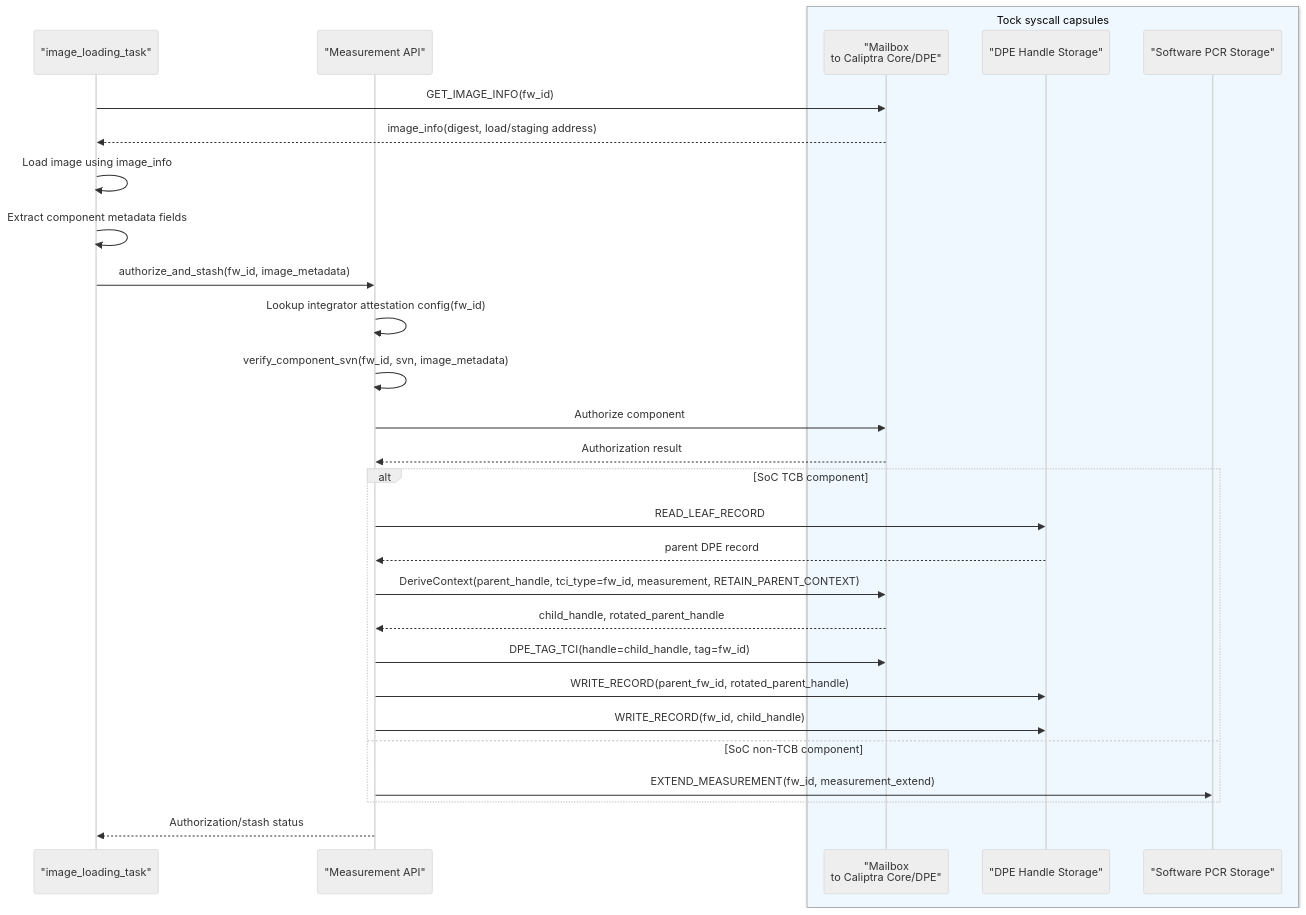
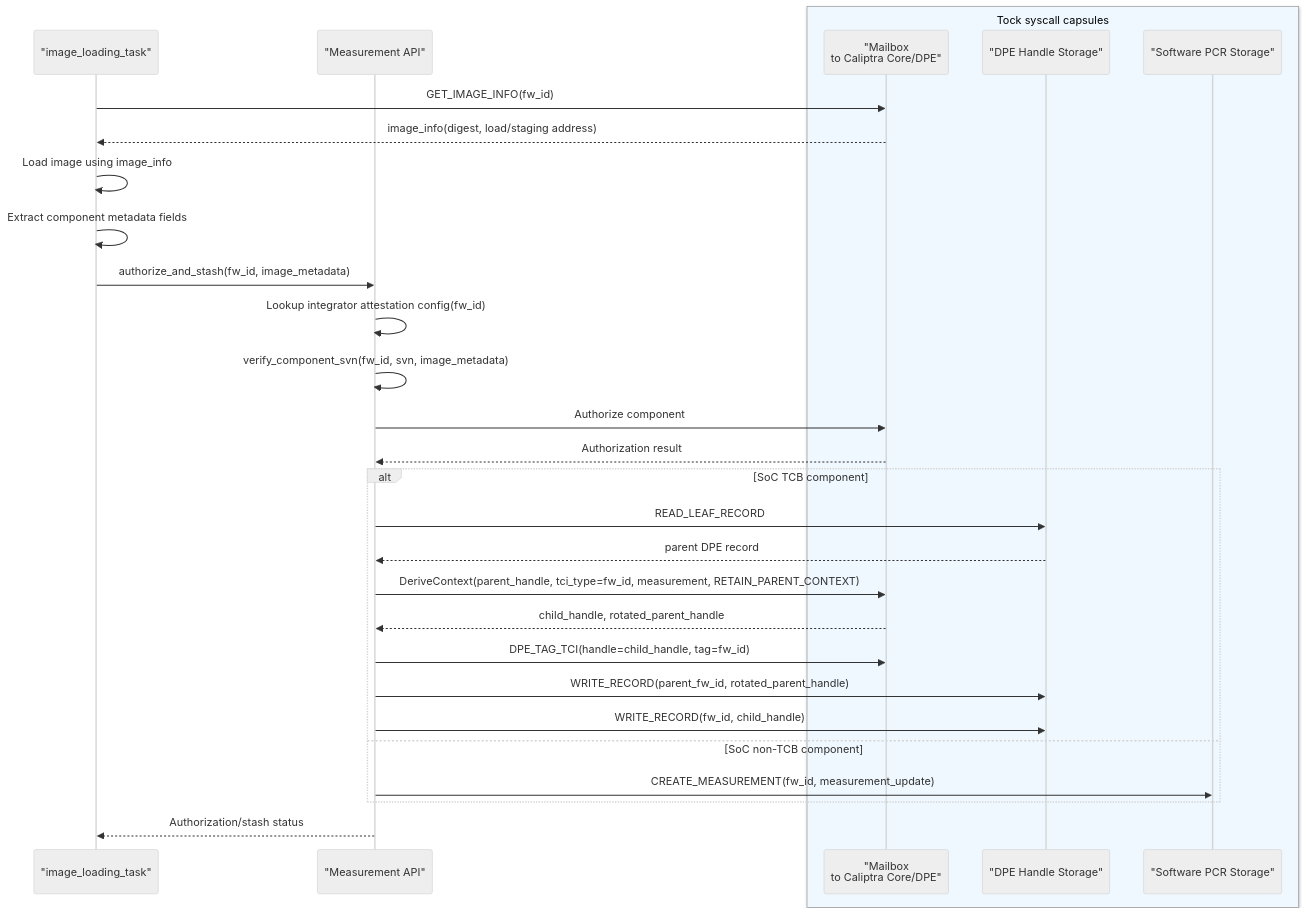
Before and after one commit to chipsalliance/caliptra-mcu-sw: the second of 4 diagrams in docs/src/attestation-measurement-api.md, drawn with Mermaid (neutral theme). The commit also changed other lines of this file and 2 other files, not shown here.

````diff
--- a/docs/src/attestation-measurement-api.md
+++ b/docs/src/attestation-measurement-api.md
@@ -128,34 +131,34 @@
 ```mermaid
 sequenceDiagram
     participant Loader as "image_loading_task"
     participant MApi as "Measurement API"
     box rgb(239, 248, 255) Tock syscall capsules
         participant Mailbox as "Mailbox<br/>to Caliptra Core/DPE"
         participant DpeStore as "DPE Handle Storage"
         participant PcrStore as "Software PCR Storage"
     end
 
     Loader->>Mailbox: GET_IMAGE_INFO(fw_id)
     Mailbox-->>Loader: image_info(digest, load/staging address)
     Loader->>Loader: Load image using image_info
     Loader->>Loader: Extract component metadata fields
     Loader->>MApi: authorize_and_stash(fw_id, image_metadata)
     MApi->>MApi: Lookup integrator attestation config(fw_id)
     MApi->>MApi: verify_component_svn(fw_id, svn, image_metadata)
     MApi->>Mailbox: Authorize component
     Mailbox-->>MApi: Authorization result
 
     alt SoC TCB component
         MApi->>DpeStore: READ_LEAF_RECORD
         DpeStore-->>MApi: parent DPE record
         MApi->>Mailbox: DeriveContext(parent_handle, tci_type=fw_id, measurement, RETAIN_PARENT_CONTEXT)
         Mailbox-->>MApi: child_handle, rotated_parent_handle
         MApi->>Mailbox: DPE_TAG_TCI(handle=child_handle, tag=fw_id)
         MApi->>DpeStore: WRITE_RECORD(parent_fw_id, rotated_parent_handle)
         MApi->>DpeStore: WRITE_RECORD(fw_id, child_handle)
     else SoC non-TCB component
-        MApi->>PcrStore: EXTEND_MEASUREMENT(fw_id, measurement_extend)
+        MApi->>PcrStore: CREATE_MEASUREMENT(fw_id, measurement_update)
     end
 
     MApi-->>Loader: Authorization/stash status
 ```
````
